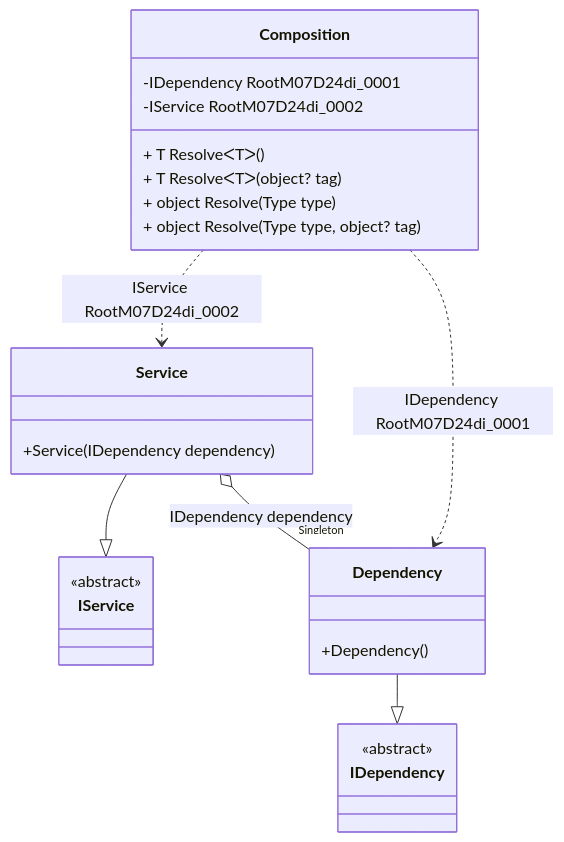
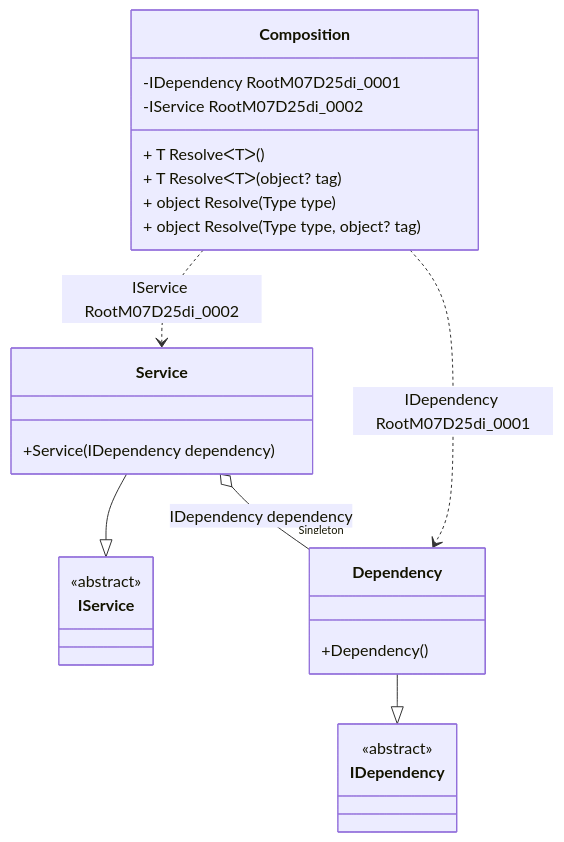
The diagram in readme/service-collection.md (DevTeam/Pure.DI), drawn with Mermaid before and after one commit. The commit also changed other lines of this file and 54 other files, not shown here.

````diff
--- a/readme/service-collection.md
+++ b/readme/service-collection.md
@@ -75,28 +75,28 @@
 ```mermaid
 classDiagram
   class Composition {
-    -IDependency RootM07D24di_0001
-    -IService RootM07D24di_0002
+    -IDependency RootM07D25di_0001
+    -IService RootM07D25di_0002
     + T ResolveᐸTᐳ()
     + T ResolveᐸTᐳ(object? tag)
     + object Resolve(Type type)
     + object Resolve(Type type, object? tag)
   }
   Service --|> IService : 
   class Service {
     +Service(IDependency dependency)
   }
   Dependency --|> IDependency : 
   class Dependency {
     +Dependency()
   }
   class IService {
     <<abstract>>
   }
   class IDependency {
     <<abstract>>
   }
   Service o--  "Singleton" Dependency : IDependency dependency
-  Composition ..> Dependency : IDependency RootM07D24di_0001
-  Composition ..> Service : IService RootM07D24di_0002
+  Composition ..> Dependency : IDependency RootM07D25di_0001
+  Composition ..> Service : IService RootM07D25di_0002
 ```
````
